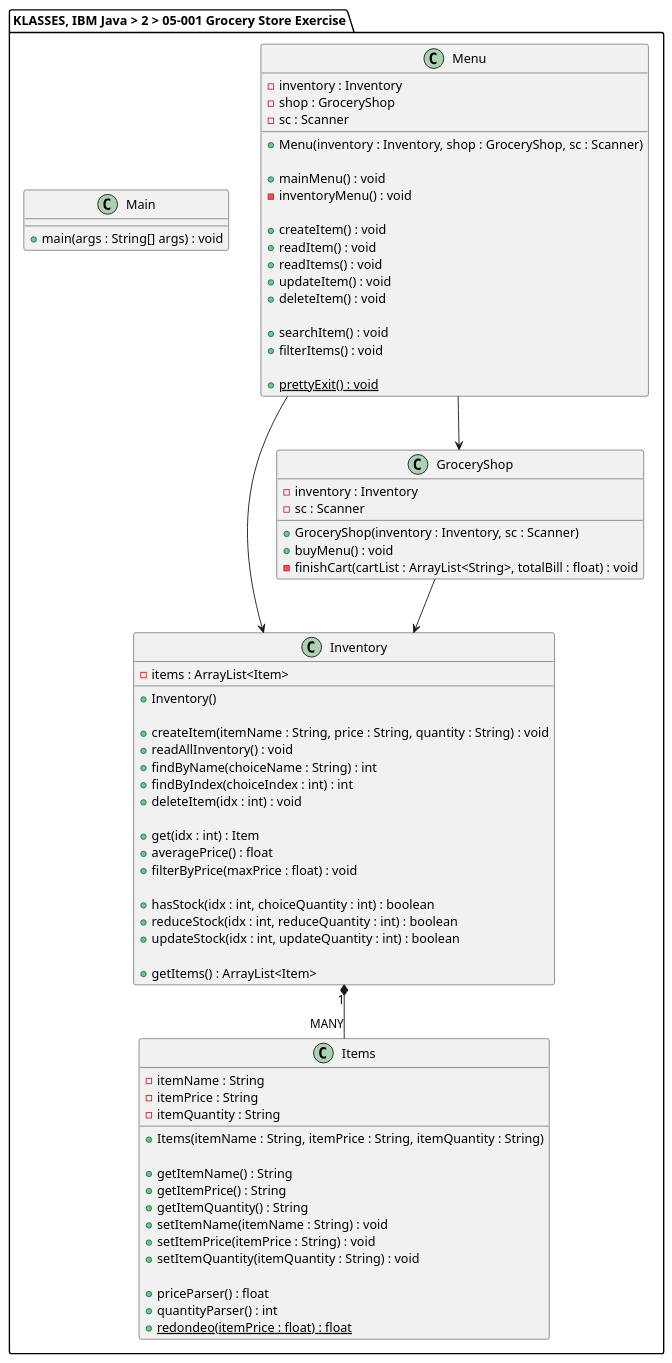
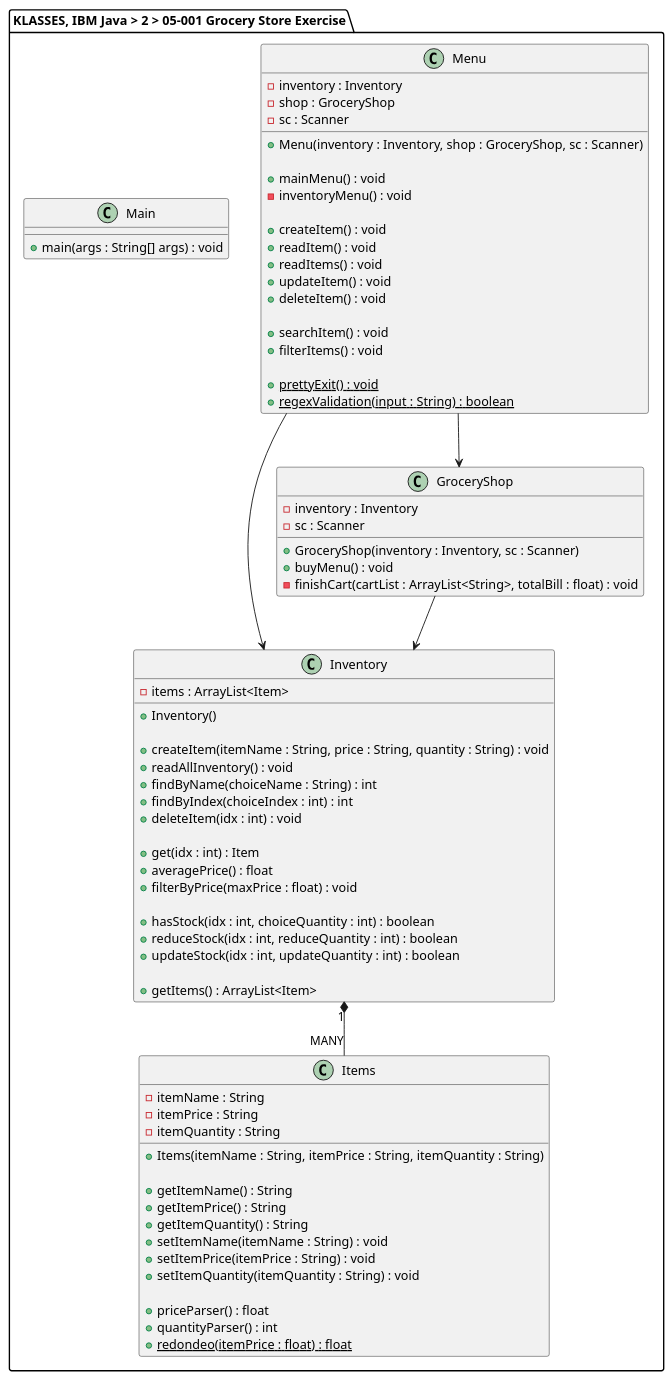
Before and after one commit to alexandrglm/IBM_Java_Certification_Labs-Exercises: the diagram in IBM_Java_Certification_EXERCISE_02-05-001/exercise/klasses.plantuml, drawn with PlantUML. The commit also changed 9 other files, not shown here.

Commit message:
Add UserDefined Exception Handlers; add regex validation for inputs; update diagrams

```diff
--- a/IBM_Java_Certification_EXERCISE_02-05-001/exercise/klasses.plantuml
+++ b/IBM_Java_Certification_EXERCISE_02-05-001/exercise/klasses.plantuml
@@ -1,95 +1,96 @@
 @startuml
 
 package "KLASSES, IBM Java > 2 > 05-001 Grocery Store Exercise" {
 
     class Items {
 
         - itemName : String
         - itemPrice : String
         - itemQuantity : String
 
         + Items(itemName : String, itemPrice : String, itemQuantity : String)
 
         + getItemName() : String
         + getItemPrice() : String
         + getItemQuantity() : String
         + setItemName(itemName : String) : void
         + setItemPrice(itemPrice : String) : void
         + setItemQuantity(itemQuantity : String) : void
 
         + priceParser() : float
         + quantityParser() : int
         + {static} redondeo(itemPrice : float) : float
     }
 
     class Inventory {
 
         - items : ArrayList<Item>
 
         + Inventory()
 
         + createItem(itemName : String, price : String, quantity : String) : void
         + readAllInventory() : void
         + findByName(choiceName : String) : int
         + findByIndex(choiceIndex : int) : int
         + deleteItem(idx : int) : void
 
         + get(idx : int) : Item
         + averagePrice() : float
         + filterByPrice(maxPrice : float) : void
 
         + hasStock(idx : int, choiceQuantity : int) : boolean
         + reduceStock(idx : int, reduceQuantity : int) : boolean
         + updateStock(idx : int, updateQuantity : int) : boolean
 
         + getItems() : ArrayList<Item>
     }
 
     class GroceryShop {
 
         - inventory : Inventory
         - sc : Scanner
 
         + GroceryShop(inventory : Inventory, sc : Scanner)
         + buyMenu() : void
         - finishCart(cartList : ArrayList<String>, totalBill : float) : void
     }
 
     class Menu {
 
         - inventory : Inventory
         - shop : GroceryShop
         - sc : Scanner
 
         + Menu(inventory : Inventory, shop : GroceryShop, sc : Scanner)
 
         + mainMenu() : void
         - inventoryMenu() : void
 
         + createItem() : void
         + readItem() : void
         + readItems() : void
         + updateItem() : void
         + deleteItem() : void
 
         + searchItem() : void
         + filterItems() : void
 
         + {static} prettyExit() : void
+        + {static} regexValidation(input : String) : boolean
     }
 
 
     class Main {
 
         + main(args : String[] args) : void
 
     }
 
     Inventory "1" *-- "MANY" Items
     GroceryShop --> Inventory
     Menu --> Inventory
     Menu --> GroceryShop
 
 }
 
 @enduml
```
